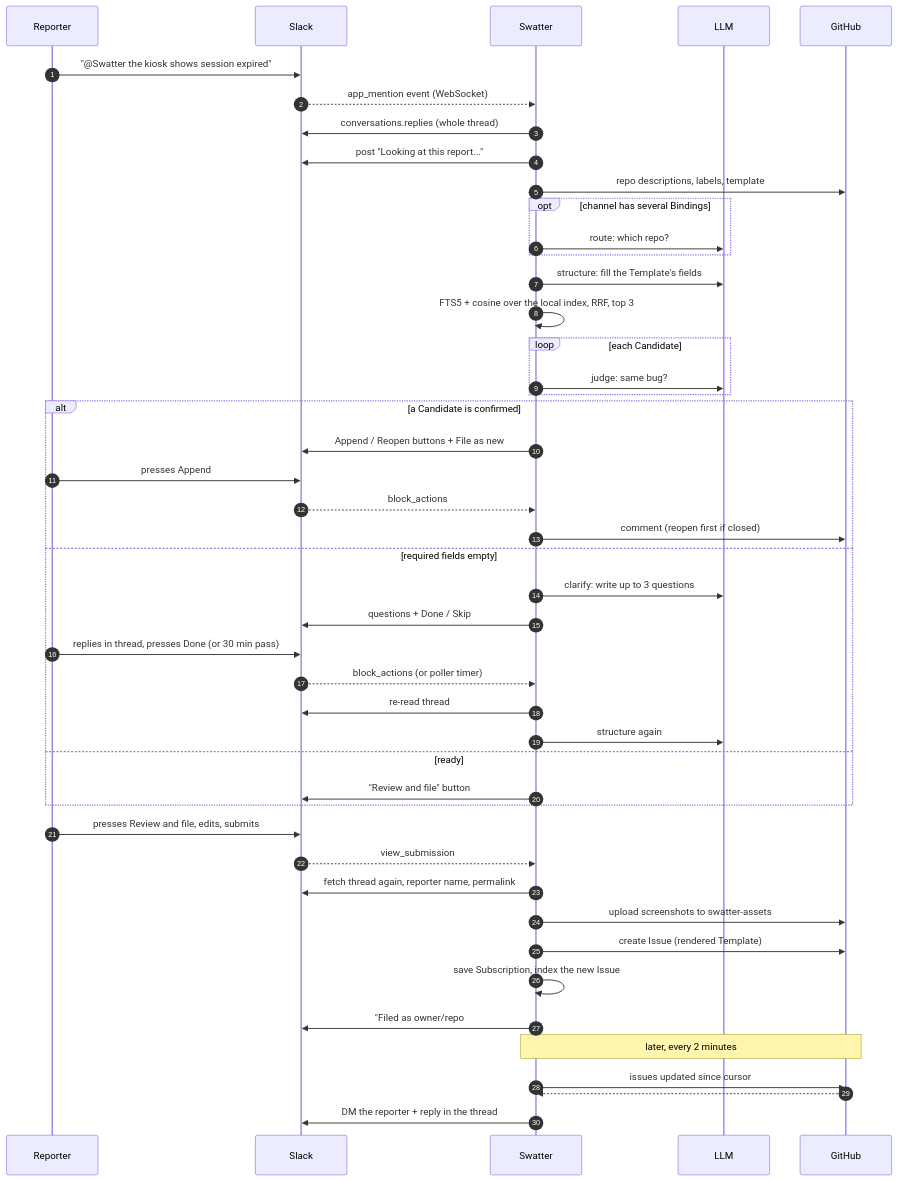
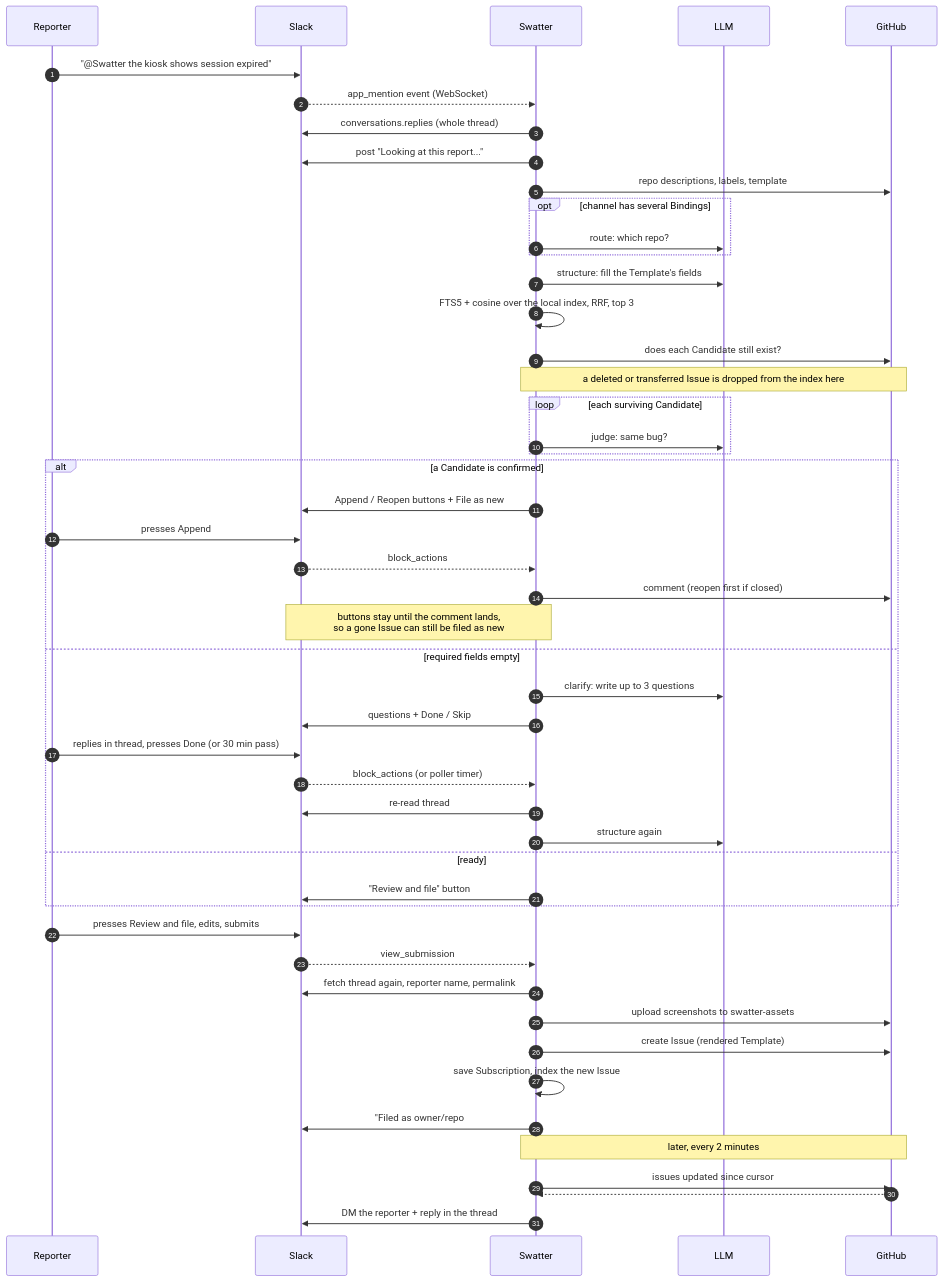
Before and after one commit to ajmalali/swatter-bot: the second of 2 diagrams in docs/ARCHITECTURE.md, drawn with Mermaid. The commit also changed other lines of this file and 6 other files, not shown here.

First line of the commit message:
Add the MIT license, a roadmap, and docs for the pruning change

````diff
--- a/docs/ARCHITECTURE.md
+++ b/docs/ARCHITECTURE.md
@@ -93,49 +102,52 @@
 ```mermaid
 sequenceDiagram
     autonumber
     participant U as Reporter
     participant S as Slack
     participant W as Swatter
     participant L as LLM
     participant G as GitHub
 
     U->>S: "@Swatter the kiosk shows session expired"
     S-->>W: app_mention event (WebSocket)
     W->>S: conversations.replies (whole thread)
     W->>S: post "Looking at this report..."
     W->>G: repo descriptions, labels, template
     opt channel has several Bindings
         W->>L: route: which repo?
     end
     W->>L: structure: fill the Template's fields
     W->>W: FTS5 + cosine over the local index, RRF, top 3
-    loop each Candidate
+    W->>G: does each Candidate still exist?
+    Note over W,G: a deleted or transferred Issue is dropped from the index here
+    loop each surviving Candidate
         W->>L: judge: same bug?
     end
     alt a Candidate is confirmed
         W->>S: Append / Reopen buttons + File as new
         U->>S: presses Append
         S-->>W: block_actions
         W->>G: comment (reopen first if closed)
+        Note over W,S: buttons stay until the comment lands,<br/>so a gone Issue can still be filed as new
     else required fields empty
         W->>L: clarify: write up to 3 questions
         W->>S: questions + Done / Skip
         U->>S: replies in thread, presses Done (or 30 min pass)
         S-->>W: block_actions (or poller timer)
         W->>S: re-read thread
         W->>L: structure again
     else ready
         W->>S: "Review and file" button
     end
     U->>S: presses Review and file, edits, submits
     S-->>W: view_submission
     W->>S: fetch thread again, reporter name, permalink
     W->>G: upload screenshots to swatter-assets
     W->>G: create Issue (rendered Template)
     W->>W: save Subscription, index the new Issue
     W->>S: "Filed as owner/repo#67"
     Note over W,G: later, every 2 minutes
     W->>G: issues updated since cursor
     G-->>W: #67 closed as completed
     W->>S: DM the reporter + reply in the thread
 ```
````
